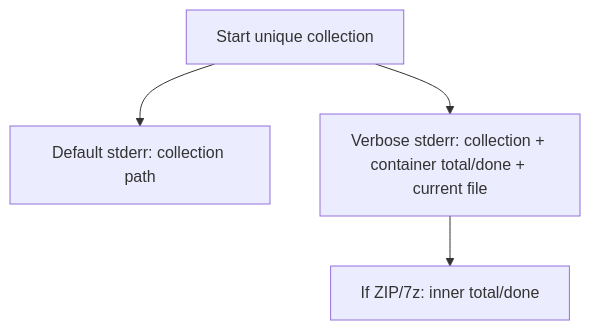
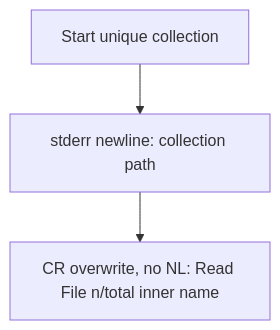
Before and after one commit to noribow/yaRomChecker: the second of 4 diagrams in docs/REQUIREMENTS.md, drawn with Mermaid. The commit also changed other lines of this file, not shown here.

First line of the commit message:
Specify verbose scan progress as a CR-updating Read File line.

````diff
--- a/docs/REQUIREMENTS.md
+++ b/docs/REQUIREMENTS.md
@@ -178,9 +184,7 @@
 ```mermaid
 flowchart TB
   col["Start unique collection"]
-  def["Default stderr: collection path"]
-  verb["Verbose stderr: collection + container total/done + current file"]
-  arch["If ZIP/7z: inner total/done"]
-  col --> def
-  col --> verb --> arch
+  path["stderr newline: collection path"]
+  line["CR overwrite, no NL: Read File n/total inner name"]
+  col --> path --> line
 ```
````
